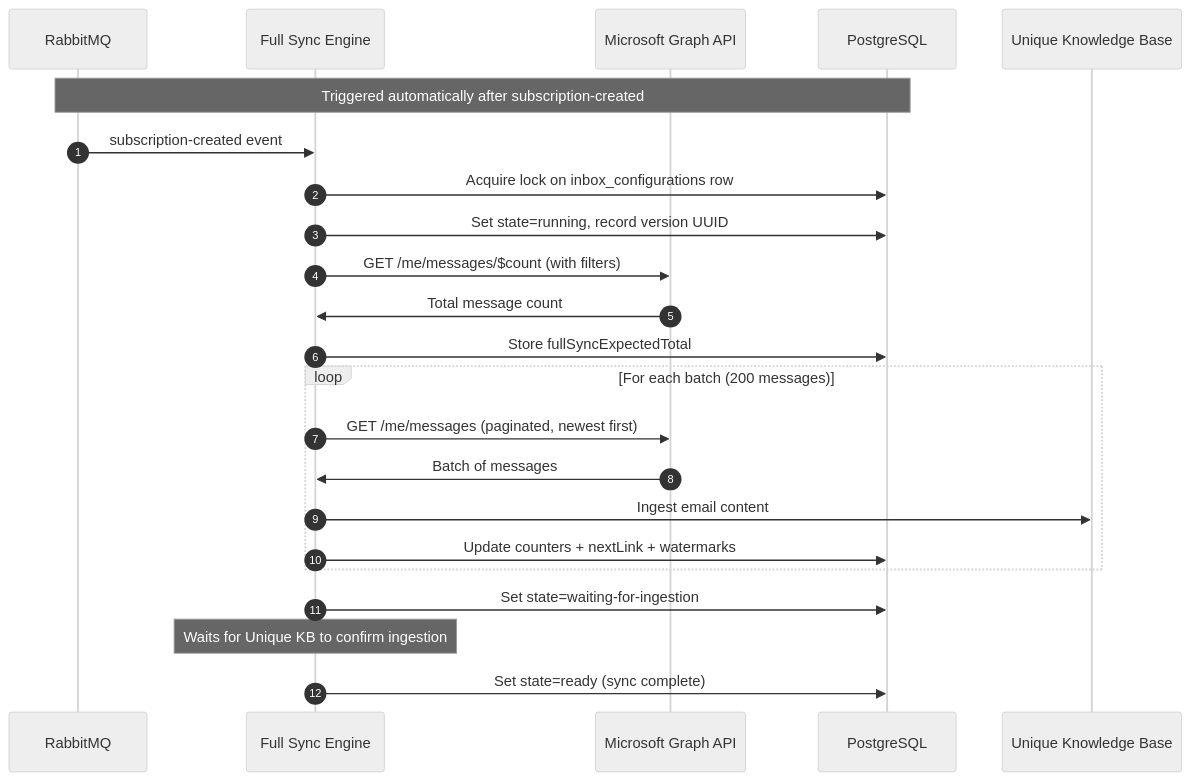
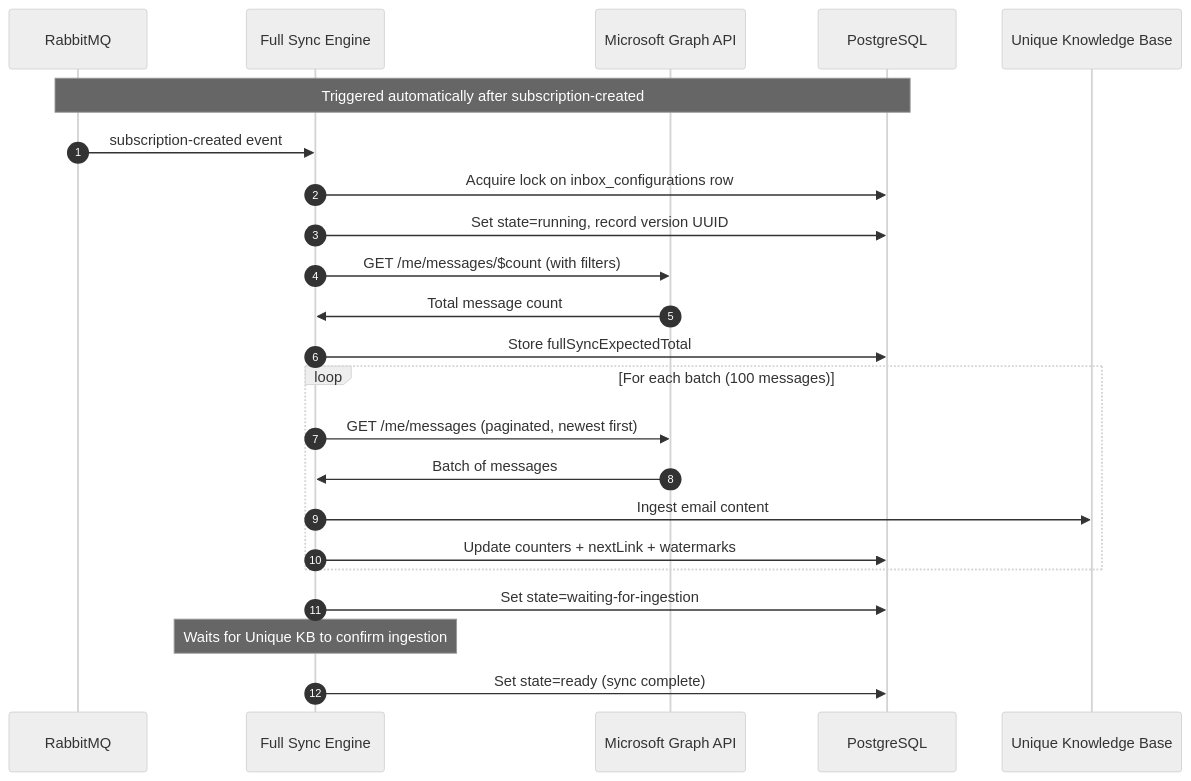
The fifth of 7 diagrams in services/outlook-semantic-mcp/docs/technical/flows.md (Unique-AG/connectors), drawn with Mermaid before and after one commit. The commit also changed other lines of this file and 10 other files, not shown here.

````diff
--- a/services/outlook-semantic-mcp/docs/technical/flows.md
+++ b/services/outlook-semantic-mcp/docs/technical/flows.md
@@ -175,29 +176,29 @@
 ```mermaid
 %%{init: {'theme': 'neutral', 'themeVariables': { 'fontSize': '14px' }}}%%
 sequenceDiagram
     autonumber
     participant AMQP as RabbitMQ
     participant FullSync as Full Sync Engine
     participant MSGraph as Microsoft Graph API
     participant DB as PostgreSQL
     participant UniqueKB as Unique Knowledge Base
 
     Note over AMQP,DB: Triggered automatically after subscription-created
     AMQP->>FullSync: subscription-created event
     FullSync->>DB: Acquire lock on inbox_configurations row
     FullSync->>DB: Set state=running, record version UUID
     FullSync->>MSGraph: GET /me/messages/$count (with filters)
     MSGraph->>FullSync: Total message count
     FullSync->>DB: Store fullSyncExpectedTotal
 
-    loop For each batch (200 messages)
+    loop For each batch (100 messages)
         FullSync->>MSGraph: GET /me/messages (paginated, newest first)
         MSGraph->>FullSync: Batch of messages
         FullSync->>UniqueKB: Ingest email content
         FullSync->>DB: Update counters + nextLink + watermarks
     end
 
     FullSync->>DB: Set state=waiting-for-ingestion
     Note over FullSync: Waits for Unique KB to confirm ingestion
     FullSync->>DB: Set state=ready (sync complete)
 ```
````
